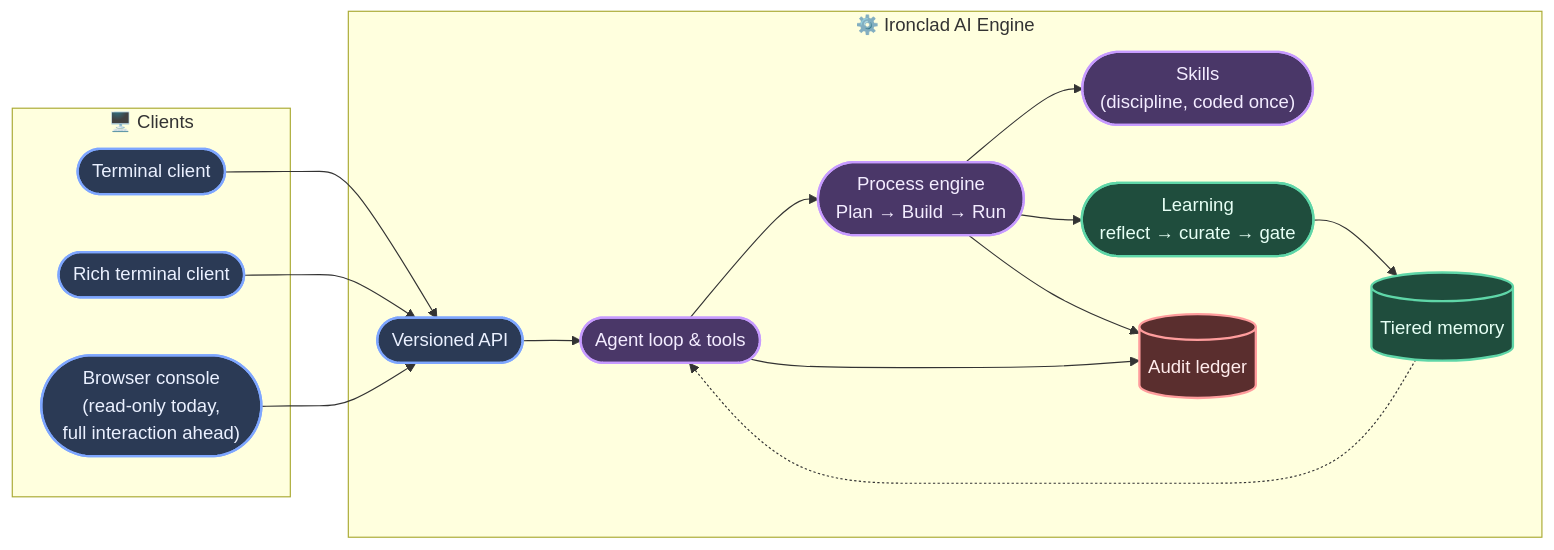
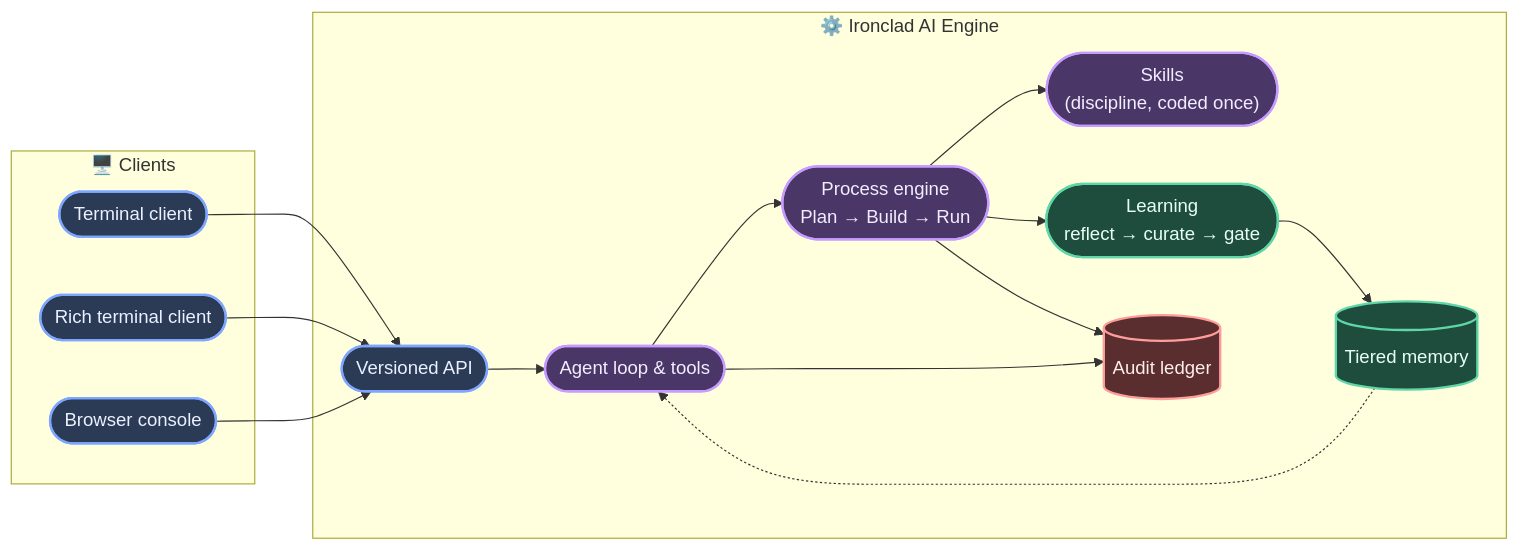
Before and after one commit to GrokBuildMJW/ironclad: the diagram in README.md, drawn with Mermaid.

Commit message:
Simplify browser console label in the architecture diagram

````diff
--- a/README.md
+++ b/README.md
@@ -73,39 +73,39 @@
 ```mermaid
 flowchart LR
     subgraph Clients["🖥️ Clients"]
         TUI(["Terminal client"])
         INK(["Rich terminal client"])
-        WEB(["Browser console\n(read-only today,\nfull interaction ahead)"])
+        WEB(["Browser console"])
     end
 
     subgraph Engine["⚙️ Ironclad AI Engine"]
         API(["Versioned API"])
         LOOP(["Agent loop & tools"])
         PROC(["Process engine\nPlan → Build → Run"])
         SKILL(["Skills\n(discipline, coded once)"])
         LEARN(["Learning\nreflect → curate → gate"])
         MEM[("Tiered memory")]
         AUDIT[("Audit ledger")]
     end
 
     TUI --> API
     INK --> API
     WEB --> API
     API --> LOOP
     LOOP --> PROC
     PROC --> SKILL
     PROC --> LEARN
     LEARN --> MEM
     MEM -.-> LOOP
     PROC --> AUDIT
     LOOP --> AUDIT
 
     classDef client fill:#2b3a55,stroke:#7ea6ff,stroke-width:2px,color:#eaf0ff
     classDef core fill:#4a3768,stroke:#c79bff,stroke-width:2px,color:#f3ecff
     classDef mind fill:#1f4d3d,stroke:#5fd6a8,stroke-width:2px,color:#e6fff5
     classDef trust fill:#5a2e2e,stroke:#ff9d9d,stroke-width:2px,color:#ffecec
     class TUI,INK,WEB,API client
     class LOOP,PROC,SKILL core
     class LEARN,MEM mind
     class AUDIT trust
 ```
````
